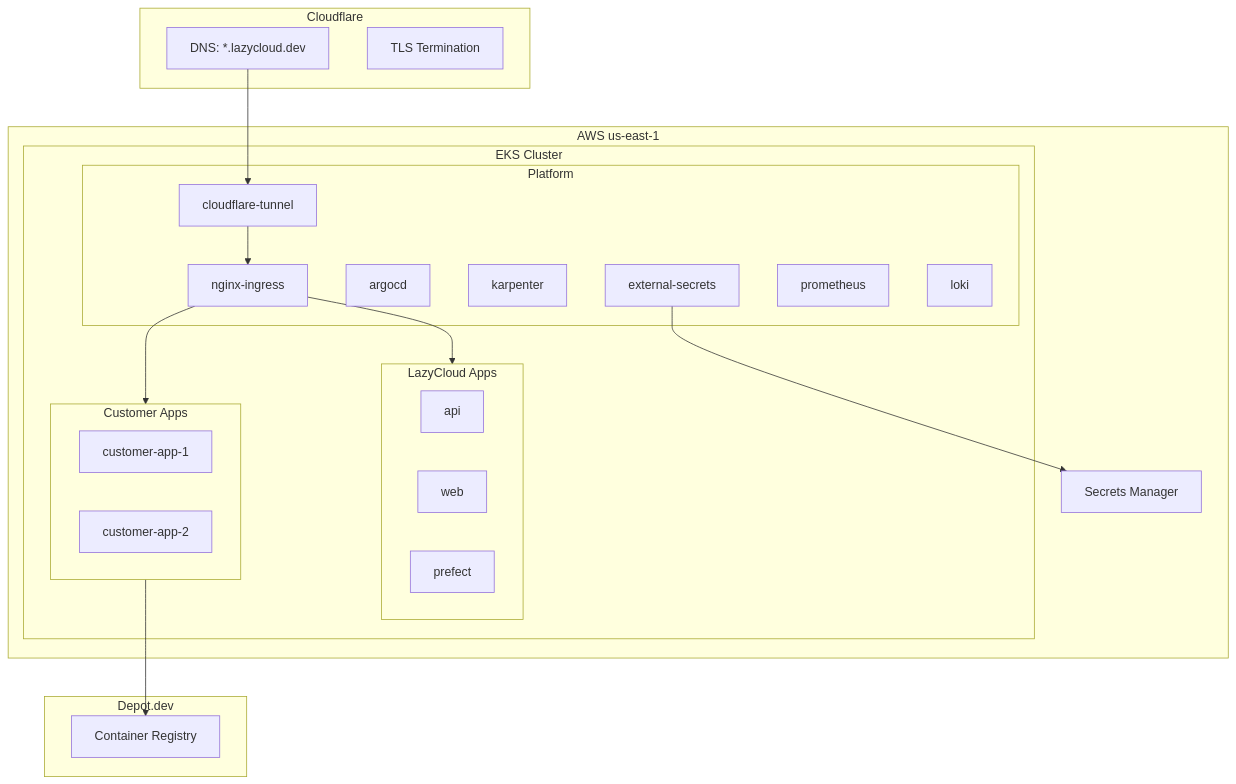
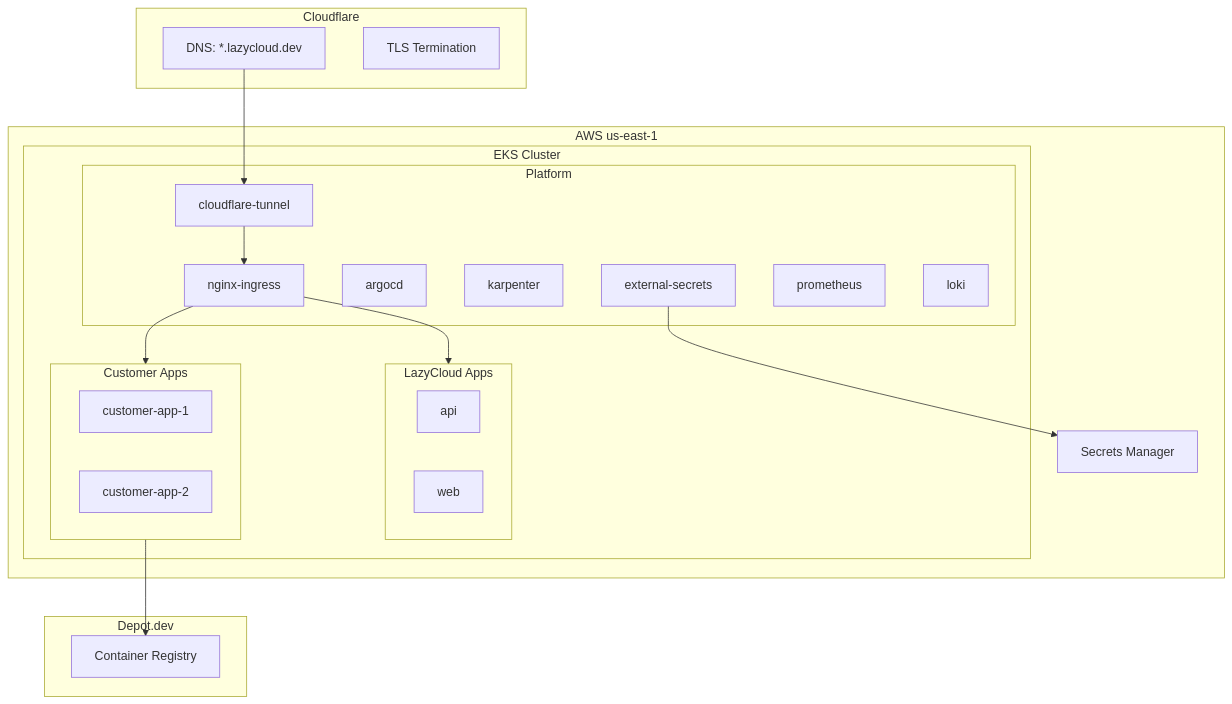
The second of 4 diagrams in docs/architecture.md (AmbientWare/lazycloud), drawn with Mermaid before and after one commit. The commit also changed other lines of this file and 25 other files, not shown here.

````diff
--- a/docs/architecture.md
+++ b/docs/architecture.md
@@ -31,45 +30,44 @@
 ```mermaid
 flowchart TB
     subgraph Cloudflare
         DNS[DNS: *.lazycloud.dev]
         TLS[TLS Termination]
     end
 
     subgraph AWS[AWS us-east-1]
         subgraph EKS[EKS Cluster]
             subgraph Platform
                 Tunnel[cloudflare-tunnel]
                 NGINX[nginx-ingress]
                 ArgoCD[argocd]
                 Karpenter[karpenter]
                 ESO[external-secrets]
                 Prometheus[prometheus]
                 Loki[loki]
             end
 
             subgraph LazyCloud[LazyCloud Apps]
                 API[api]
                 Web[web]
-                Prefect[prefect]
             end
 
             subgraph Customer[Customer Apps]
                 App1[customer-app-1]
                 App2[customer-app-2]
             end
         end
 
         SM[Secrets Manager]
     end
 
     subgraph Depot[Depot.dev]
         Registry[Container Registry]
     end
 
     DNS --> Tunnel
     Tunnel --> NGINX
     NGINX --> LazyCloud
     NGINX --> Customer
     ESO --> SM
     Customer --> Registry
 ```
````
